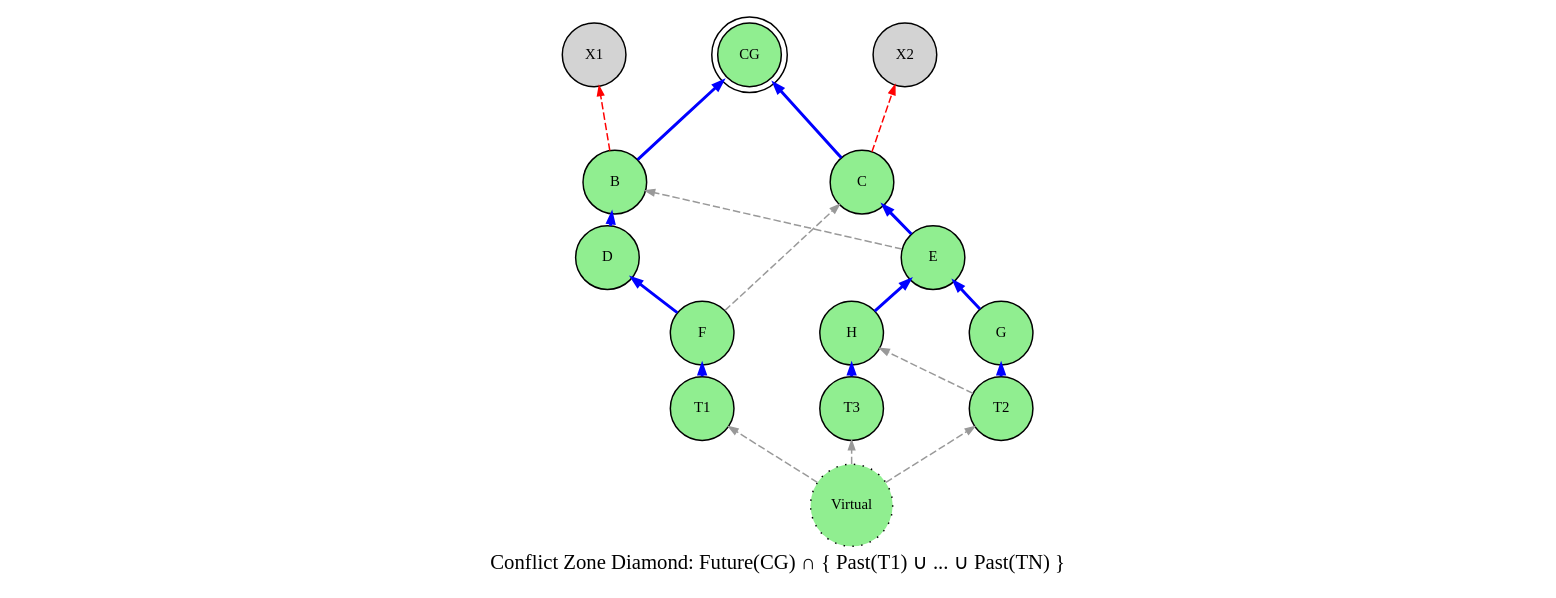
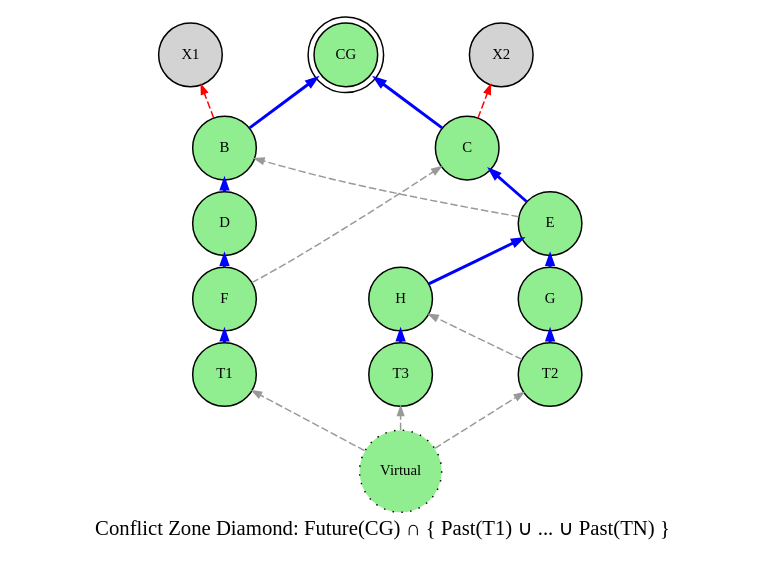
Before and after one commit to coderofstuff/dk-wiki: the diagram in dot/03-conflict-zone-diamond.dot, drawn with Graphviz. The commit also changed 5 other files, not shown here.

Commit message:
Clearer consistent graphics

```diff
--- a/dot/03-conflict-zone-diamond.dot
+++ b/dot/03-conflict-zone-diamond.dot
@@ -1,65 +1,73 @@
 digraph conflict_zone_diamond {
     rankdir=BT;
     nodesep=0.8;
     ranksep=0.1;
     node [shape=circle, style=filled, fontsize=10, width=0.6, height=0.6];
     edge [arrowsize=0.6, color=gray60];
 
     label="Conflict Zone Diamond: Future(CG) ∩ { Past(T1) ∪ ... ∪ Past(TN) }";
     labelloc=b;
 
     CG [label="CG", fillcolor=lightgreen, shape=doublecircle];
 
     // Virtual block
     Virtual [label="Virtual", shape=circle, style="dotted,filled", fillcolor=lightgreen];
 
-    // Left side
+    // Left side (matches agreement cluster structure, invisible border)
     subgraph cluster_left {
-        style=invis;
+        label="";
+        labelloc=b;
+        style="dashed";
+        color=white;
+        penwidth=0;
         B [label="B", fillcolor=lightgreen];
         D [label="D", fillcolor=lightgreen];
         F [label="F", fillcolor=lightgreen];
         T1 [label="T1", fillcolor=lightgreen];
     }
 
-    // Right side
+    // Right side (matches agreement cluster structure, invisible border)
     subgraph cluster_right {
-        style=invis;
+        label="";
+        labelloc=b;
+        style="dashed";
+        color=white;
+        penwidth=0;
         C [label="C", fillcolor=lightgreen];
         E [label="E", fillcolor=lightgreen];
         G [label="G", fillcolor=lightgreen];
         T2 [label="T2", fillcolor=lightgreen];
         H [label="H", fillcolor=lightgreen];
         T3 [label="T3", fillcolor=lightgreen];
     }
 
     // Outside diamond - parallel to CG
     X1 [label="X1", fillcolor=lightgray, style=filled];
     X2 [label="X2", fillcolor=lightgray, style=filled];
 
     // Blue edges = selected parent (chain-parent path)
     B -> CG [color=blue, penwidth=2.0];
     C -> CG [color=blue, penwidth=2.0];
     D -> B [color=blue, penwidth=2.0];
     E -> C [color=blue, penwidth=2.0];
     F -> D [color=blue, penwidth=2.0];
     G -> E [color=blue, penwidth=2.0];
     H -> E [color=blue, penwidth=2.0];
     T1 -> F [color=blue, penwidth=2.0];
     T2 -> G [color=blue, penwidth=2.0];
     T3 -> H [color=blue, penwidth=2.0];
 
     // Gray dashed = non-selected parent
     T2 -> H [color=gray60, penwidth=1.0, style=dashed];
     F -> C [color=gray60, penwidth=1.0, style=dashed];
     E -> B [color=gray60, penwidth=1.0, style=dashed];
 
     // B -> X1 and C -> X2 cross diamond boundary (ignored)
     B -> X1 [style=dashed, color=red];
     C -> X2 [style=dashed, color=red];
 
     // Virtual block points to all tips
     Virtual -> T1 [color=gray60, penwidth=1.0, style=dashed];
     Virtual -> T2 [color=gray60, penwidth=1.0, style=dashed];
     Virtual -> T3 [color=gray60, penwidth=1.0, style=dashed];
 }
```
